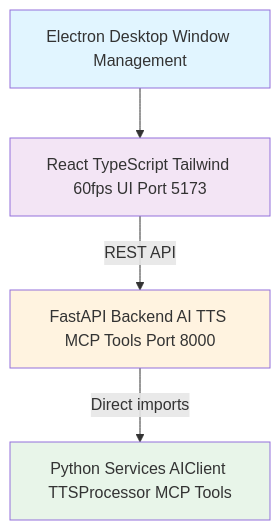
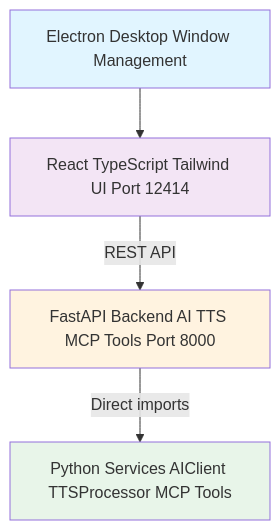
Before and after one commit to AmreetKumarkhuntia/knik: the diagram in docs/guides/web-app.md, drawn with Mermaid. The commit also changed other lines of this file and 28 other files, not shown here.

````diff
--- a/docs/guides/web-app.md
+++ b/docs/guides/web-app.md
@@ -13,11 +9,11 @@
 ```mermaid
 flowchart TD
-    A[Electron Desktop Window Management] --> B[React TypeScript Tailwind 60fps UI Port 5173]
+    A[Electron Desktop Window Management] --> B[React TypeScript Tailwind UI Port 12414]
     B -->|REST API| C[FastAPI Backend AI TTS MCP Tools Port 8000]
     C -->|Direct imports| D[Python Services AIClient TTSProcessor MCP Tools]
 
     style A fill:#e1f5ff
     style B fill:#f3e5f5
     style C fill:#fff3e0
     style D fill:#e8f5e9
 ```
````
